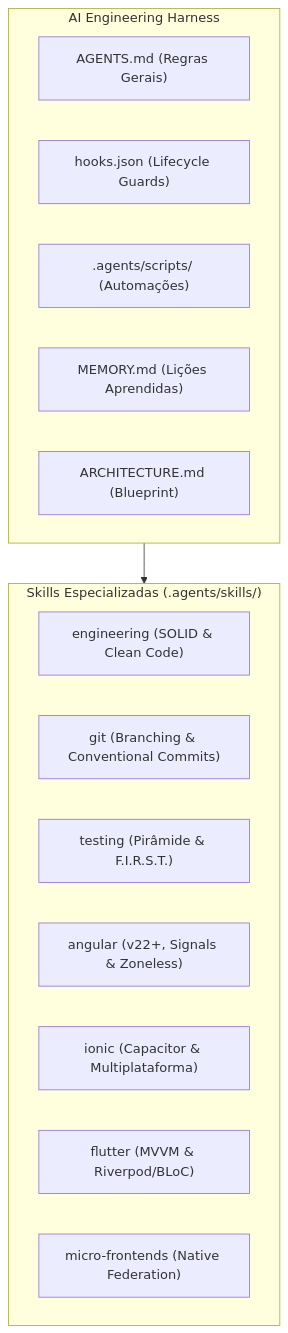
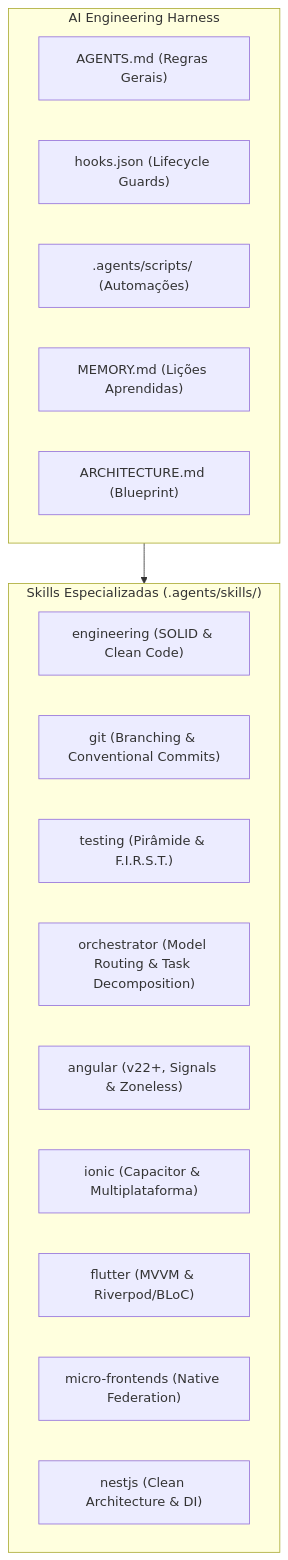
Before and after one commit to andershow09/AI-Engineering: the diagram in ARCHITECTURE.md, drawn with Mermaid. The commit also changed other lines of this file and 11 other files, not shown here.

Commit message:
feat(nestjs): adiciona agente especialista nestjs-expert e skills de Clean Architecture, DI e escalabilidade

````diff
--- a/ARCHITECTURE.md
+++ b/ARCHITECTURE.md
@@ -11,22 +11,24 @@
 ```mermaid
 flowchart TD
     subgraph Harness ["AI Engineering Harness"]
         AG["AGENTS.md (Regras Gerais)"]
         HK["hooks.json (Lifecycle Guards)"]
         SC[".agents/scripts/ (Automações)"]
         MEM["MEMORY.md (Lições Aprendidas)"]
         ARCH["ARCHITECTURE.md (Blueprint)"]
     end
 
     subgraph Skills ["Skills Especializadas (.agents/skills/)"]
         ENG["engineering (SOLID & Clean Code)"]
         GIT["git (Branching & Conventional Commits)"]
         TST["testing (Pirâmide & F.I.R.S.T.)"]
+        ORC["orchestrator (Model Routing & Task Decomposition)"]
         ANG["angular (v22+, Signals & Zoneless)"]
         ION["ionic (Capacitor & Multiplataforma)"]
         FLU["flutter (MVVM & Riverpod/BLoC)"]
         MFE["micro-frontends (Native Federation)"]
+        NEST["nestjs (Clean Architecture & DI)"]
     end
 
     Harness --> Skills
 ```
````
